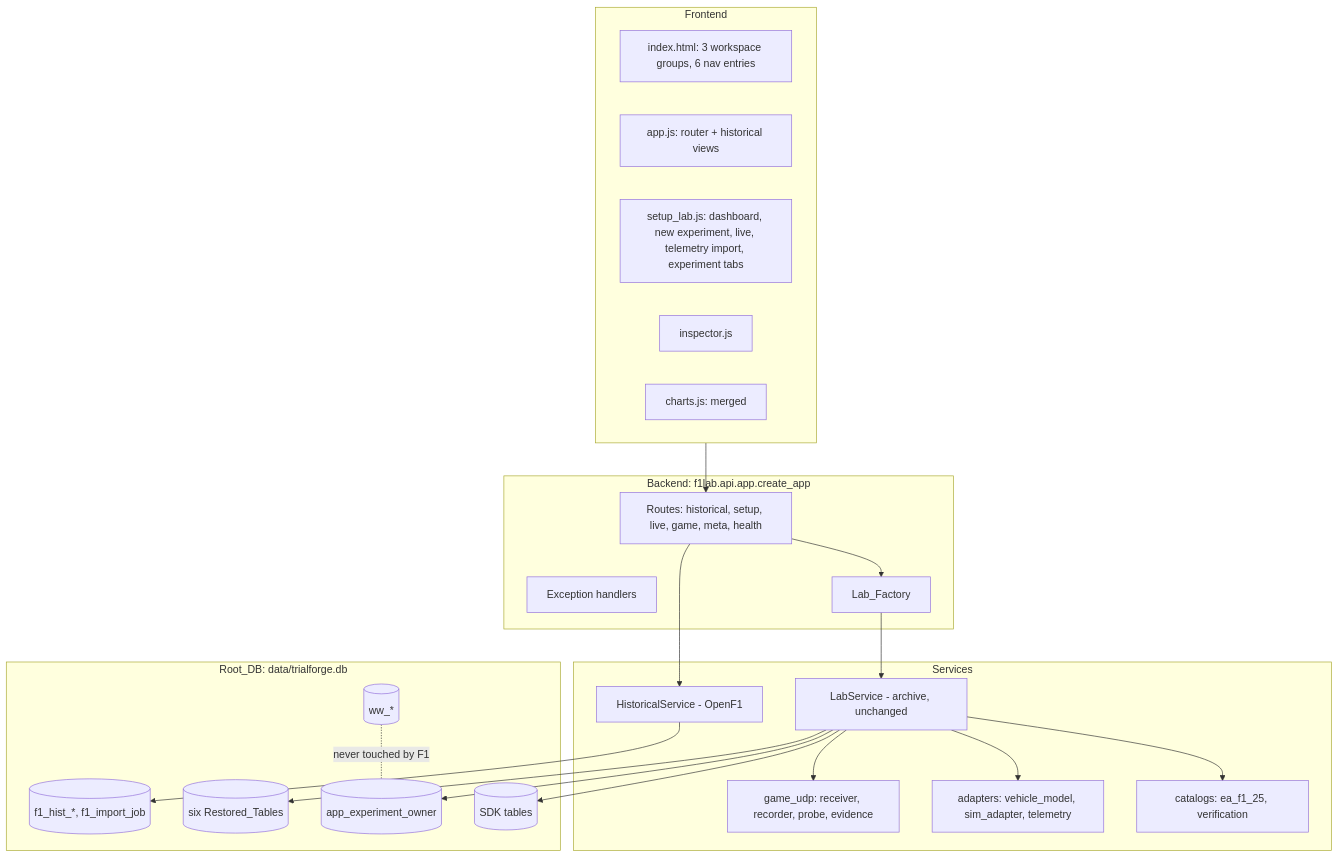
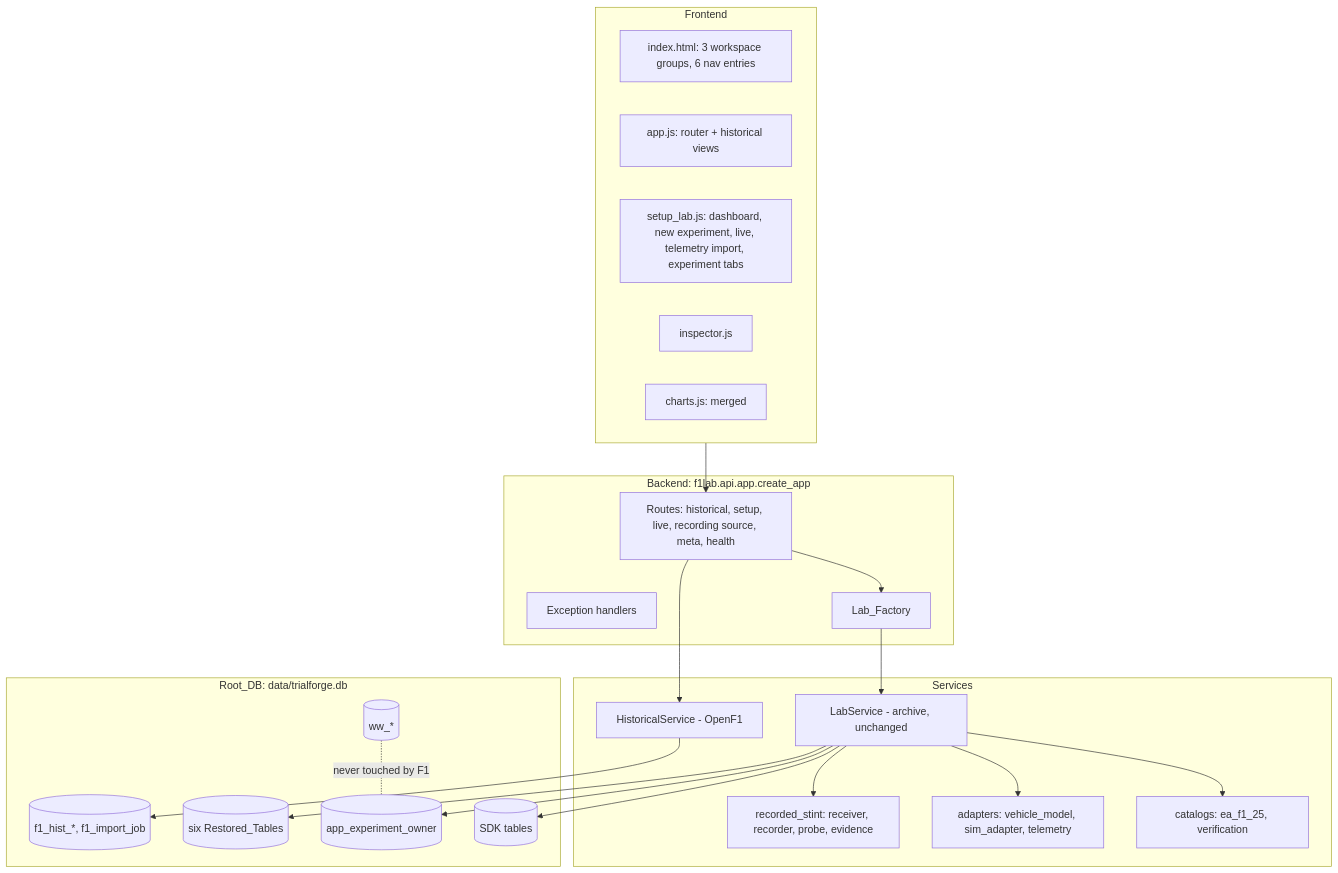
One commit to Adarsh-Dhar/skeleton-kiro changed the diagram in .kiro/specs/f1-setup-lab-restoration/design.md. Above: the diagram before and after it, drawn with Mermaid. The commit also changed other lines of this file and 74 other files, not shown here.

````diff
--- a/.kiro/specs/f1-setup-lab-restoration/design.md
+++ b/.kiro/specs/f1-setup-lab-restoration/design.md
@@ -42,36 +44,36 @@
 ```mermaid
 graph TD
     subgraph Frontend
         IDX[index.html: 3 workspace groups, 6 nav entries]
         APP[app.js: router + historical views]
         SL[setup_lab.js: dashboard, new experiment, live, telemetry import, experiment tabs]
         INS[inspector.js]
         CH[charts.js: merged]
     end
     subgraph Backend[Backend: f1lab.api.app.create_app]
-        ROUTES[Routes: historical, setup, live, game, meta, health]
+        ROUTES[Routes: historical, setup, live, recording source, meta, health]
         ERR[Exception handlers]
         LF[Lab_Factory]
     end
     subgraph Services
         HS[HistoricalService - OpenF1]
         LAB[LabService - archive, unchanged]
-        UDP[game_udp: receiver, recorder, probe, evidence]
+        packet[recorded_stint: receiver, recorder, probe, evidence]
         SIM[adapters: vehicle_model, sim_adapter, telemetry]
         CAT[catalogs: ea_f1_25, verification]
     end
     subgraph RootDB[Root_DB: data/trialforge.db]
         HT[(f1_hist_*, f1_import_job)]
         ST[(six Restored_Tables)]
         OWN[(app_experiment_owner)]
         SDKT[(SDK tables)]
         WW[(ww_*)]
     end
     Frontend --> ROUTES
     ROUTES --> HS
     ROUTES --> LF --> LAB
-    LAB --> UDP & SIM & CAT
+    LAB --> packet & SIM & CAT
     HS --> HT
     LAB --> ST & OWN & SDKT
     WW -. never touched by F1 .- OWN
 ```
````
